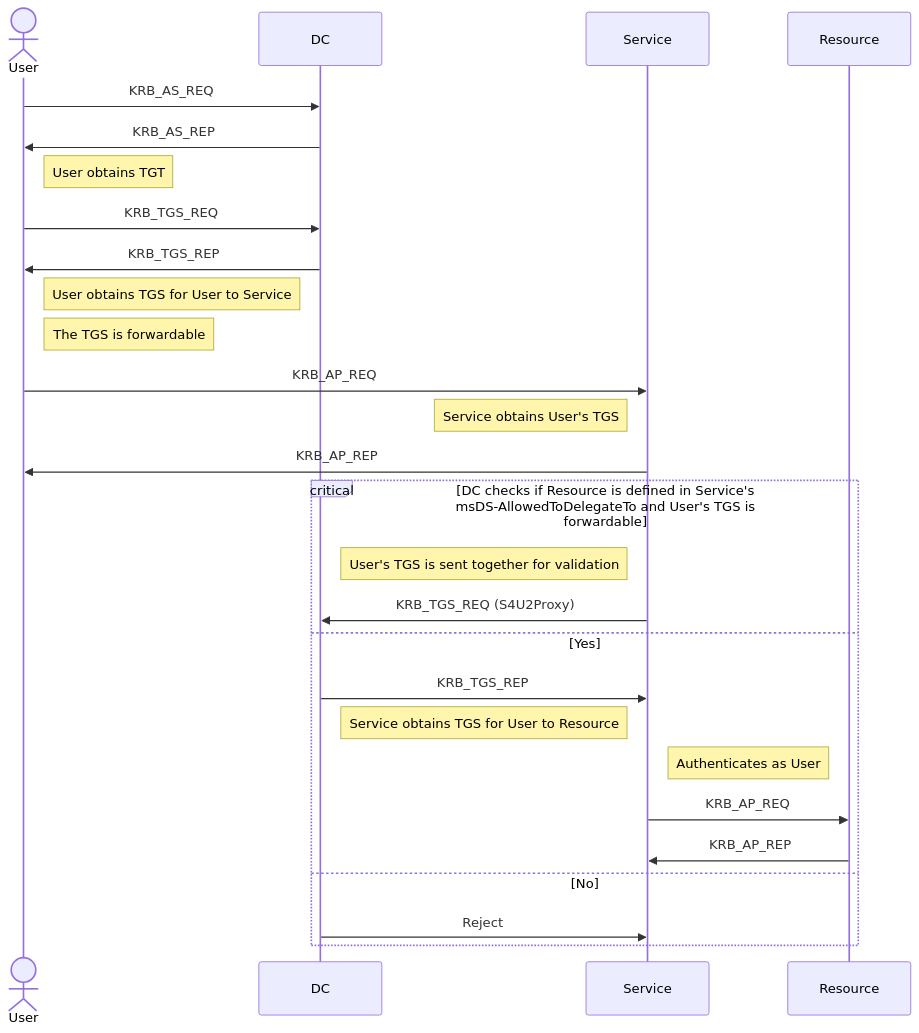
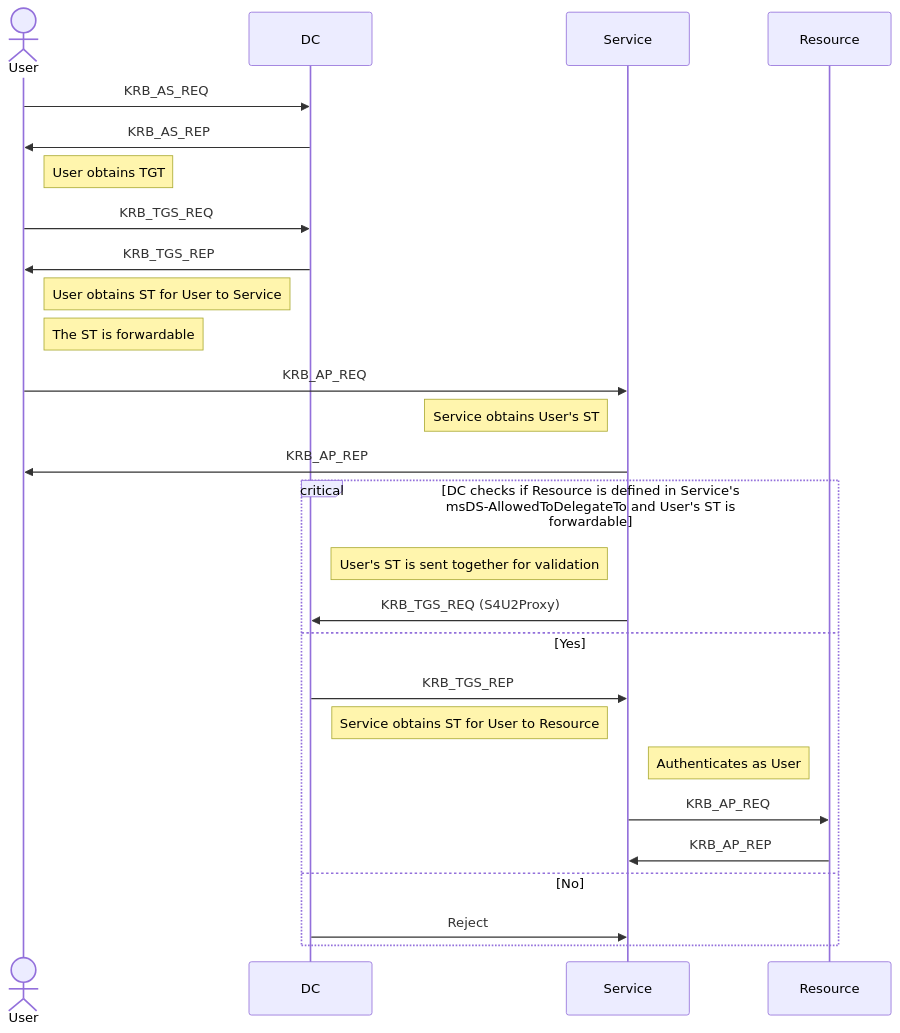
The diagram in notes/active-directory/delegations/constrained-delegation-s4u2proxy.mmd (d0ublew/blog), drawn with Mermaid before and after one commit. The commit also changed 5 other files, not shown here.

Commit message:
chore: replace TGS to ST (Service Ticket)

```diff
--- a/notes/active-directory/delegations/constrained-delegation-s4u2proxy.mmd
+++ b/notes/active-directory/delegations/constrained-delegation-s4u2proxy.mmd
@@ -1,31 +1,31 @@
 %% Constrained Delegation (S4U2Proxy)
 sequenceDiagram
 
 actor User
 
 User->>DC: KRB_AS_REQ
 DC->>User: KRB_AS_REP
 Note right of User: User obtains TGT
 User->>DC: KRB_TGS_REQ
 DC->>User: KRB_TGS_REP
-Note right of User: User obtains TGS for User to Service
-Note right of User: The TGS is forwardable
+Note right of User: User obtains ST for User to Service
+Note right of User: The ST is forwardable
 
 User->>Service: KRB_AP_REQ
-Note left of Service: Service obtains User's TGS
+Note left of Service: Service obtains User's ST
 Service->>User: KRB_AP_REP
 
-critical DC checks if Resource is defined in Service's msDS-AllowedToDelegateTo and User's TGS is forwardable
-Note left of Service: User's TGS is sent together for validation
+critical DC checks if Resource is defined in Service's msDS-AllowedToDelegateTo and User's ST is forwardable
+Note left of Service: User's ST is sent together for validation
 Service->>DC: KRB_TGS_REQ (S4U2Proxy)
 option Yes
 DC->>Service: KRB_TGS_REP
-Note left of Service: Service obtains TGS for User to Resource
+Note left of Service: Service obtains ST for User to Resource
 
 Note right of Service: Authenticates as User
 Service->>Resource: KRB_AP_REQ
 Resource->>Service: KRB_AP_REP
 
 option No
 DC->>Service: Reject
 end
```
